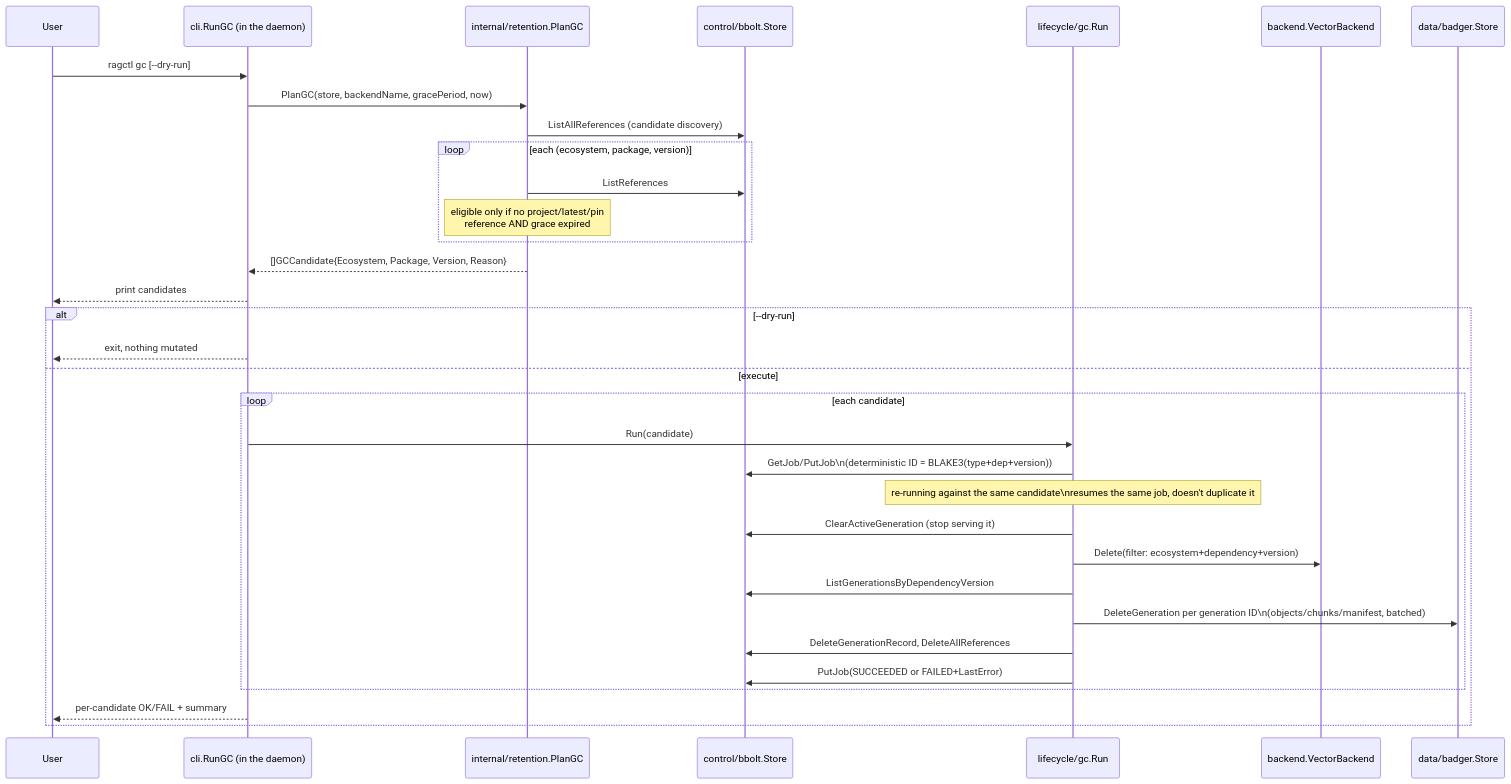
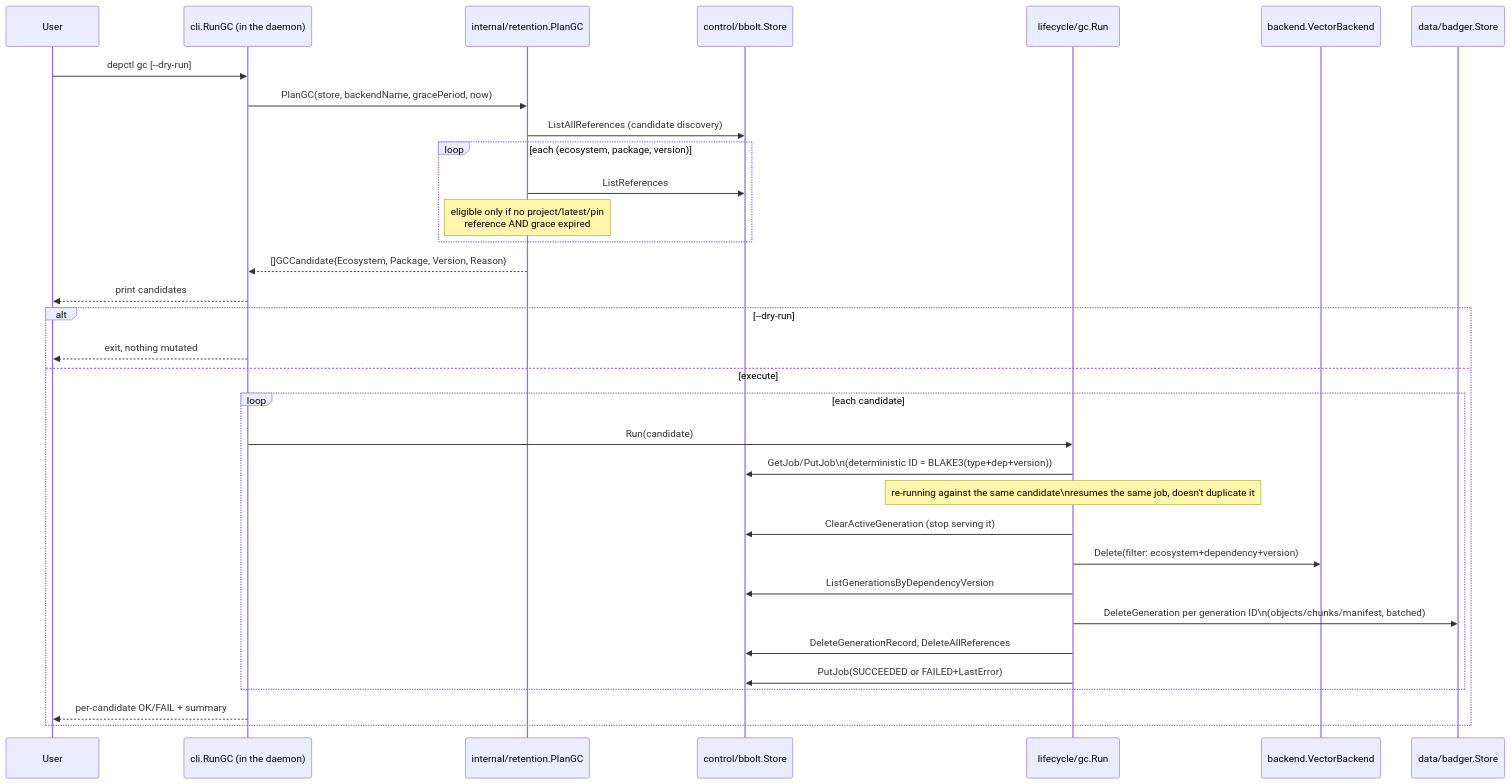
Before and after one commit to aleutian-ai/depctl: the diagram in docs/features/garbage-collection.md, drawn with Mermaid. The commit also changed other lines of this file and 588 other files, not shown here.

Commit message:
Rename ragctl to depctl: binary, module github.com/aleutian-ai/depctl, paths, env vars, metrics, MCP name, docs

````diff
--- a/docs/features/garbage-collection.md
+++ b/docs/features/garbage-collection.md
@@ -21,37 +21,37 @@
 ```mermaid
 sequenceDiagram
     participant User
     participant CLI as cli.RunGC (in the daemon)
     participant Ret as internal/retention.PlanGC
     participant Bbolt as control/bbolt.Store
     participant GC as lifecycle/gc.Run
     participant VB as backend.VectorBackend
     participant Badger as data/badger.Store
 
-    User->>CLI: ragctl gc [--dry-run]
+    User->>CLI: depctl gc [--dry-run]
     CLI->>Ret: PlanGC(store, backendName, gracePeriod, now)
     Ret->>Bbolt: ListAllReferences (candidate discovery)
     loop each (ecosystem, package, version)
         Ret->>Bbolt: ListReferences
         Note over Ret: eligible only if no project/latest/pin<br/>reference AND grace expired
     end
     Ret-->>CLI: []GCCandidate{Ecosystem, Package, Version, Reason}
     CLI-->>User: print candidates
 
     alt --dry-run
         CLI-->>User: exit, nothing mutated
     else execute
         loop each candidate
             CLI->>GC: Run(candidate)
             GC->>Bbolt: GetJob/PutJob\n(deterministic ID = BLAKE3(type+dep+version))
             Note over GC: re-running against the same candidate\nresumes the same job, doesn't duplicate it
             GC->>Bbolt: ClearActiveGeneration (stop serving it)
             GC->>VB: Delete(filter: ecosystem+dependency+version)
             GC->>Bbolt: ListGenerationsByDependencyVersion
             GC->>Badger: DeleteGeneration per generation ID\n(objects/chunks/manifest, batched)
             GC->>Bbolt: DeleteGenerationRecord, DeleteAllReferences
             GC->>Bbolt: PutJob(SUCCEEDED or FAILED+LastError)
         end
         CLI-->>User: per-candidate OK/FAIL + summary
     end
 ```
````
